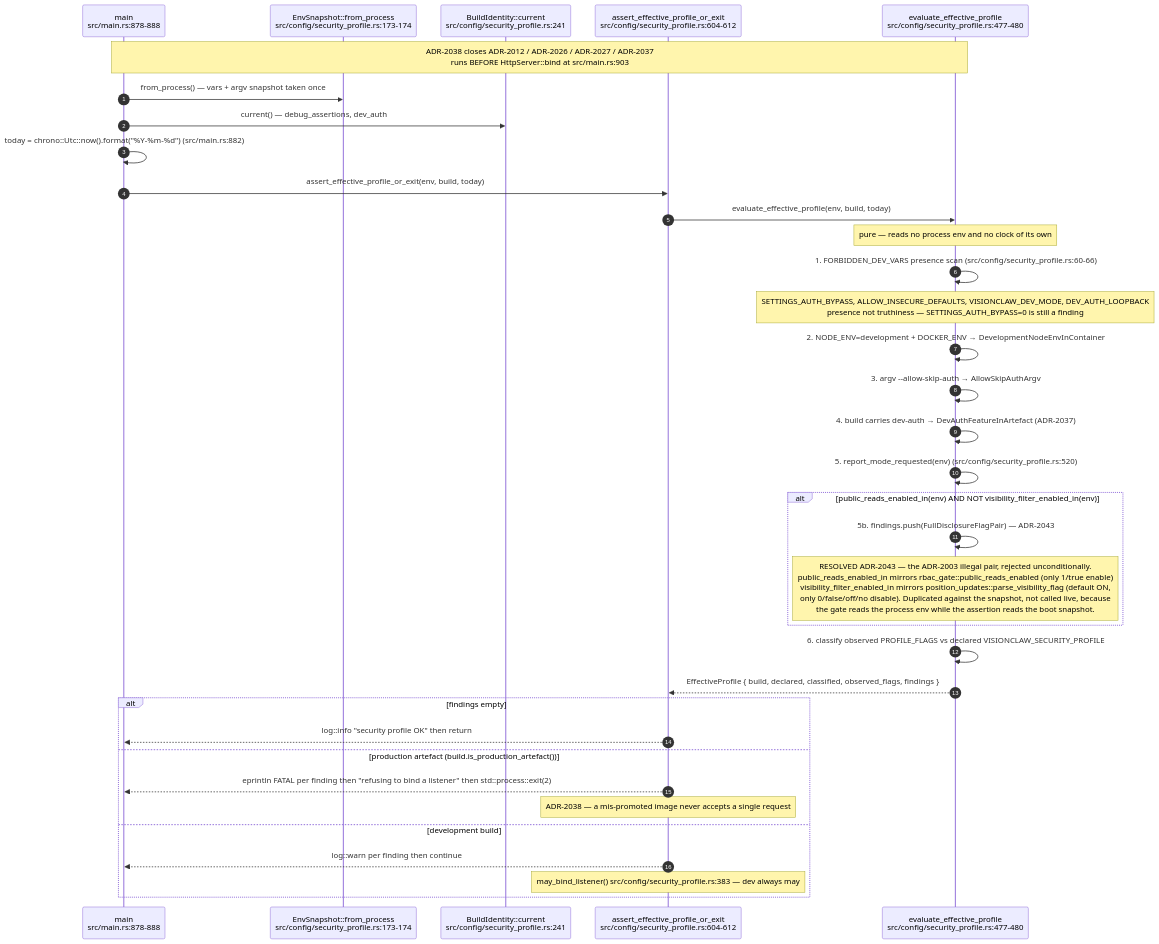
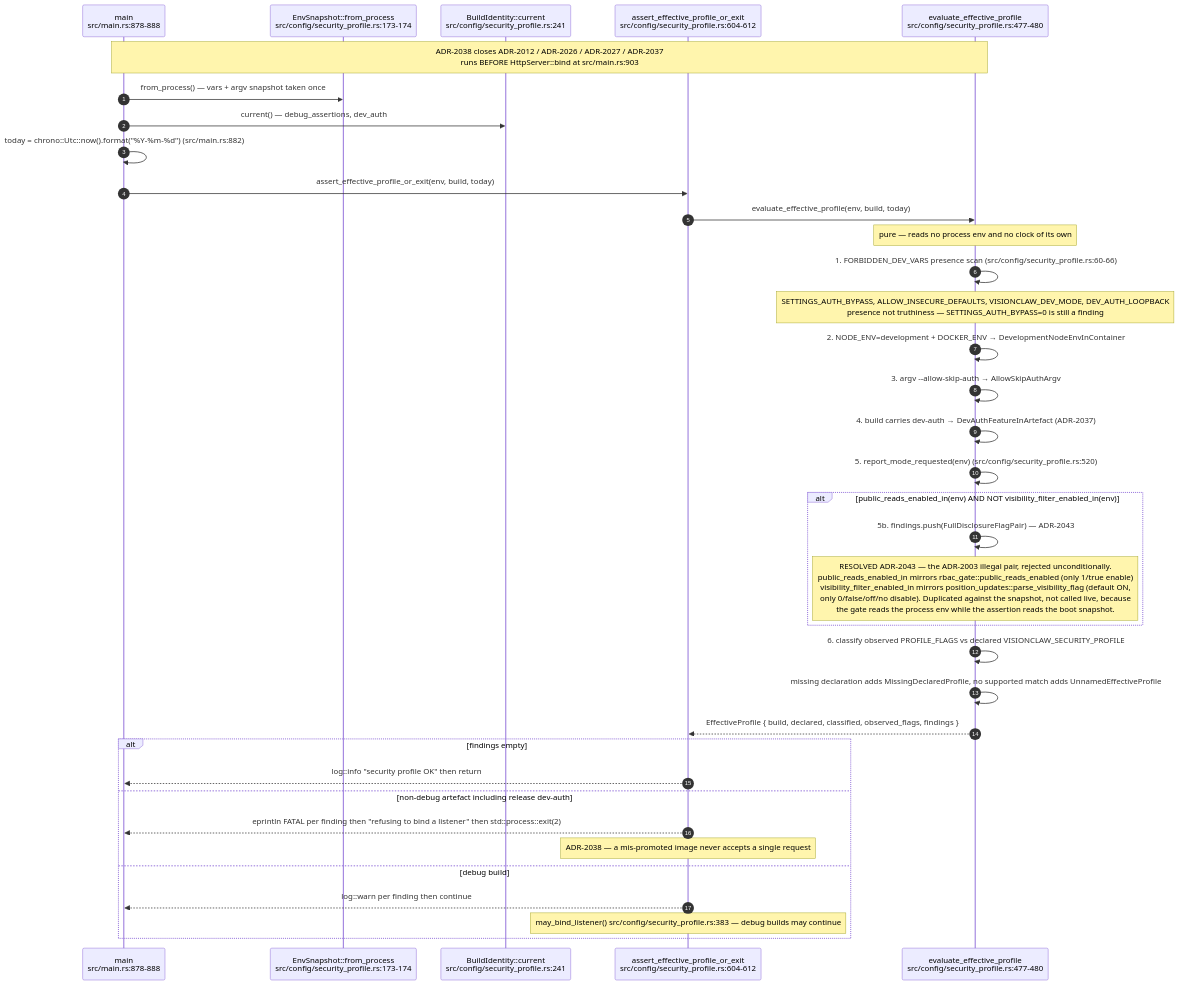
One commit to DreamLab-AI/VisionFlow changed the fourth of 15 diagrams in docs/diagrams/visionclaw/09-config-and-env-flags.md. Above: the diagram before and after it, drawn with Mermaid. The commit also changed other lines of this file and 52 other files, not shown here.

First line of the commit message:
docs(diagrams): wave 3 checkpoint — bare line refs resolved, revision-pinned cite-check, VC-05/AB-01..13 re-attested

````diff
--- a/docs/diagrams/visionclaw/09-config-and-env-flags.md
+++ b/docs/diagrams/visionclaw/09-config-and-env-flags.md
@@ -184,38 +184,39 @@
 ```mermaid
 sequenceDiagram
     autonumber
     participant M as main<br/>src/main.rs:878-888
     participant E as EnvSnapshot::from_process<br/>src/config/security_profile.rs:173-174
     participant BI as BuildIdentity::current<br/>src/config/security_profile.rs:241
     participant A as assert_effective_profile_or_exit<br/>src/config/security_profile.rs:604-612
     participant V as evaluate_effective_profile<br/>src/config/security_profile.rs:477-480
 
     Note over M,V: ADR-2038 closes ADR-2012 / ADR-2026 / ADR-2027 / ADR-2037<br/>runs BEFORE HttpServer::bind at src/main.rs:903
     M->>E: from_process() — vars + argv snapshot taken once
     M->>BI: current() — debug_assertions, dev_auth
     M->>M: today = chrono::Utc::now().format("%Y-%m-%d") (src/main.rs:882)
     M->>A: assert_effective_profile_or_exit(env, build, today)
     A->>V: evaluate_effective_profile(env, build, today)
     Note over V: pure — reads no process env and no clock of its own
     V->>V: 1. FORBIDDEN_DEV_VARS presence scan (src/config/security_profile.rs:60-66)
     Note over V: SETTINGS_AUTH_BYPASS, ALLOW_INSECURE_DEFAULTS, VISIONCLAW_DEV_MODE, DEV_AUTH_LOOPBACK<br/>presence not truthiness — SETTINGS_AUTH_BYPASS=0 is still a finding
     V->>V: 2. NODE_ENV=development + DOCKER_ENV → DevelopmentNodeEnvInContainer
     V->>V: 3. argv --allow-skip-auth → AllowSkipAuthArgv
     V->>V: 4. build carries dev-auth → DevAuthFeatureInArtefact (ADR-2037)
     V->>V: 5. report_mode_requested(env) (src/config/security_profile.rs:520)
     alt public_reads_enabled_in(env) AND NOT visibility_filter_enabled_in(env)
         V->>V: 5b. findings.push(FullDisclosureFlagPair) — ADR-2043
         Note over V: RESOLVED ADR-2043 — the ADR-2003 illegal pair, rejected unconditionally.<br/>public_reads_enabled_in mirrors rbac_gate::public_reads_enabled (only 1/true enable)<br/>visibility_filter_enabled_in mirrors position_updates::parse_visibility_flag (default ON,<br/>only 0/false/off/no disable). Duplicated against the snapshot, not called live, because<br/>the gate reads the process env while the assertion reads the boot snapshot.
     end
     V->>V: 6. classify observed PROFILE_FLAGS vs declared VISIONCLAW_SECURITY_PROFILE
+    V->>V: missing declaration adds MissingDeclaredProfile, no supported match adds UnnamedEffectiveProfile
     V-->>A: EffectiveProfile { build, declared, classified, observed_flags, findings }
     alt findings empty
         A-->>M: log::info "security profile OK" then return
-    else production artefact (build.is_production_artefact())
+    else non-debug artefact including release dev-auth
         A-->>M: eprintln FATAL per finding then "refusing to bind a listener" then std::process::exit(2)
         Note over A: ADR-2038 — a mis-promoted image never accepts a single request
-    else development build
+    else debug build
         A-->>M: log::warn per finding then continue
-        Note over A: may_bind_listener() src/config/security_profile.rs:383 — dev always may
+        Note over A: may_bind_listener() src/config/security_profile.rs:383 — debug builds may continue
     end
 ```
````
